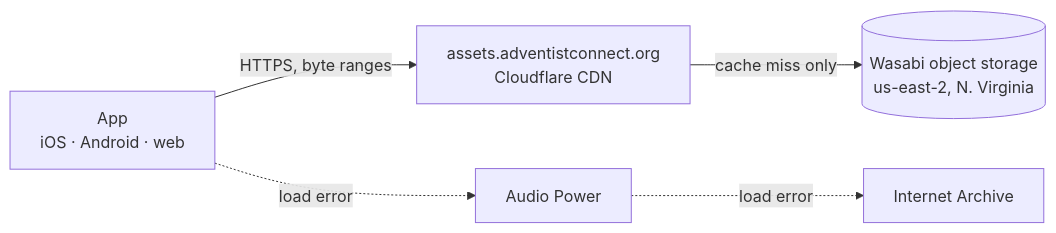
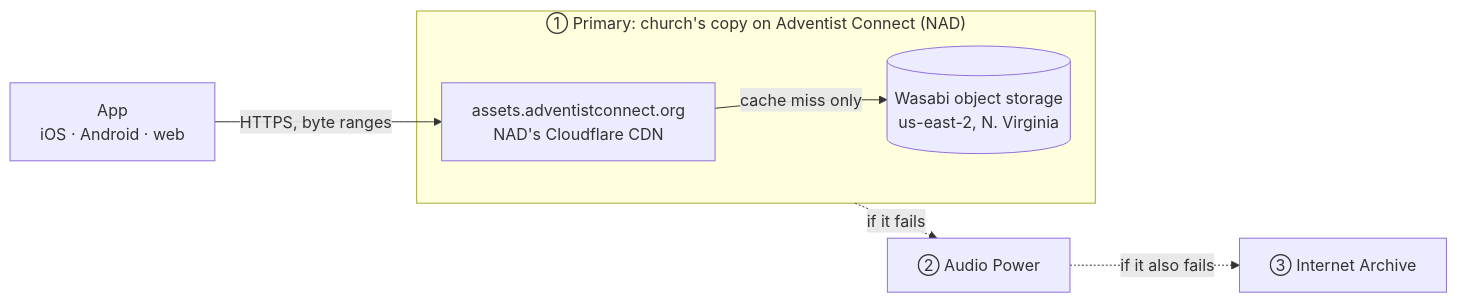
One commit to CodeSammich/sda-church-app changed the diagram in docs/operations/adventist-connect-media.md. Above: the diagram before and after it, drawn with Mermaid. The commit also changed other lines of this file and 1 other file, not shown here.

Commit message:
Show audio source fallback as an ordered chain and label NAD's CDN
The request-path diagram drew Audio Power as a second path from the app.
Draw the three sources as numbered tiers that the app tries in order, and
label assets.adventistconnect.org as NAD's Cloudflare CDN, not the
church's.

````diff
--- a/docs/operations/adventist-connect-media.md
+++ b/docs/operations/adventist-connect-media.md
@@ -45,6 +45,9 @@
 ```mermaid
 flowchart LR
-  app[App<br/>iOS · Android · web] -- HTTPS, byte ranges --> cdn[assets.adventistconnect.org<br/>Cloudflare CDN]
-  cdn -- cache miss only --> wasabi[(Wasabi object storage<br/>us-east-2, N. Virginia)]
-  app -. load error .-> ap[Audio Power] -. load error .-> ia[Internet Archive]
+  app[App<br/>iOS · Android · web] -- HTTPS, byte ranges --> cdn
+  subgraph primary["① Primary: church's copy on Adventist Connect (NAD)"]
+    cdn[assets.adventistconnect.org<br/>NAD's Cloudflare CDN] -- cache miss only --> wasabi[(Wasabi object storage<br/>us-east-2, N. Virginia)]
+  end
+  primary -. "if it fails" .-> ap["② Audio Power"]
+  ap -. "if it also fails" .-> ia["③ Internet Archive"]
 ```
````
